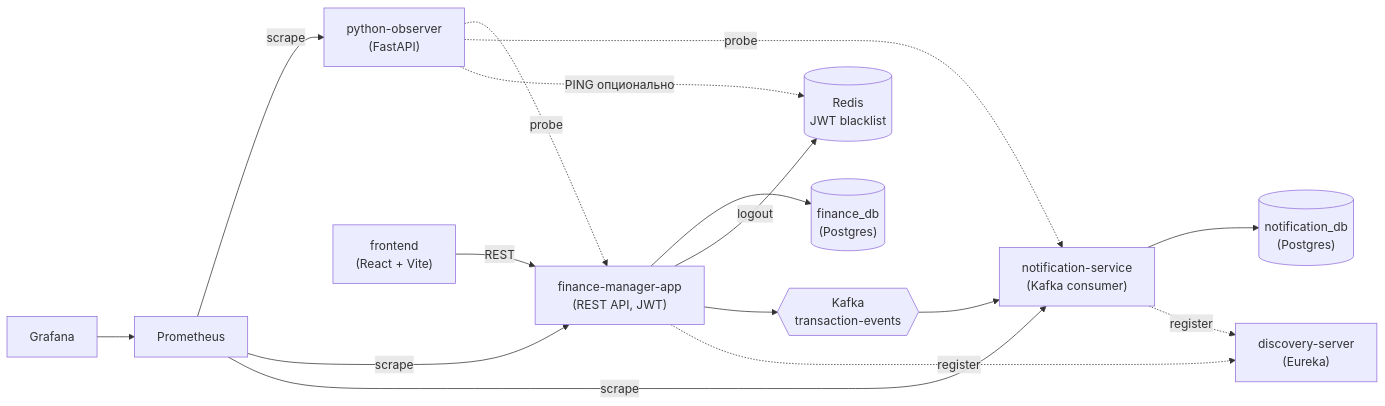
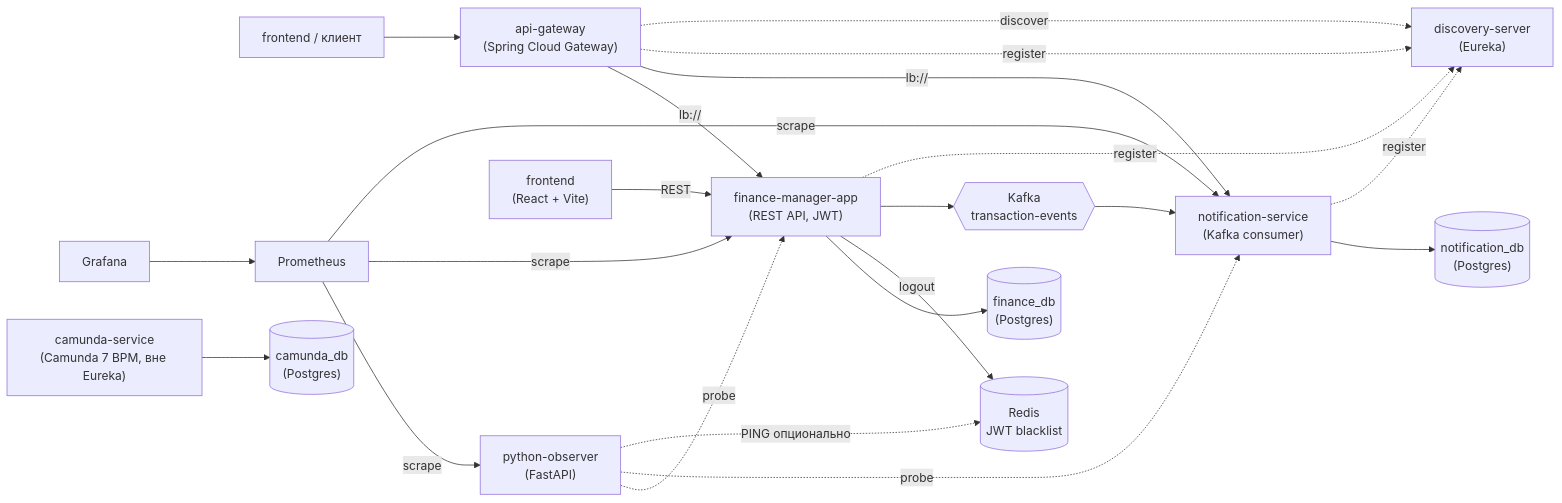
One commit to Korteng/finance-manager changed the diagram in README.md. Above: the diagram before and after it, drawn with Mermaid. The commit also changed other lines of this file and 14 other files, not shown here.

````diff
--- a/README.md
+++ b/README.md
@@ -7,22 +7,30 @@
 ```mermaid
 flowchart LR
+    CLIENT["frontend / клиент"] --> GW["api-gateway<br/>(Spring Cloud Gateway)"]
+    GW -- "lb://" --> APP["finance-manager-app<br/>(REST API, JWT)"]
+    GW -- "lb://" --> NOTIF["notification-service<br/>(Kafka consumer)"]
+
     GRAF["Grafana"] --> PROM["Prometheus"]
     PROM -- "scrape" --> OBS["python-observer<br/>(FastAPI)"]
-    PROM -- "scrape" --> APP["finance-manager-app<br/>(REST API, JWT)"]
-    PROM -- "scrape" --> NOTIF["notification-service<br/>(Kafka consumer)"]
+    PROM -- "scrape" --> APP
+    PROM -- "scrape" --> NOTIF
 
     FE["frontend<br/>(React + Vite)"] -- "REST" --> APP
 
     OBS -. "probe" .-> APP
     OBS -. "probe" .-> NOTIF
     OBS -. "PING опционально" .-> REDIS[("Redis<br/>JWT blacklist")]
 
     APP --> DB1[("finance_db<br/>(Postgres)")]
     APP -- "logout" --> REDIS
     APP --> KAFKA{{"Kafka<br/>transaction-events"}}
     KAFKA --> NOTIF
     NOTIF --> DB2[("notification_db<br/>(Postgres)")]
 
     APP -. "register" .-> DISC["discovery-server<br/>(Eureka)"]
     NOTIF -. "register" .-> DISC
+    GW -. "register" .-> DISC
+    GW -. "discover" .-> DISC
+
+    CAMUNDA["camunda-service<br/>(Camunda 7 BPM, вне Eureka)"] --> DB3[("camunda_db<br/>(Postgres)")]
 ```
````
